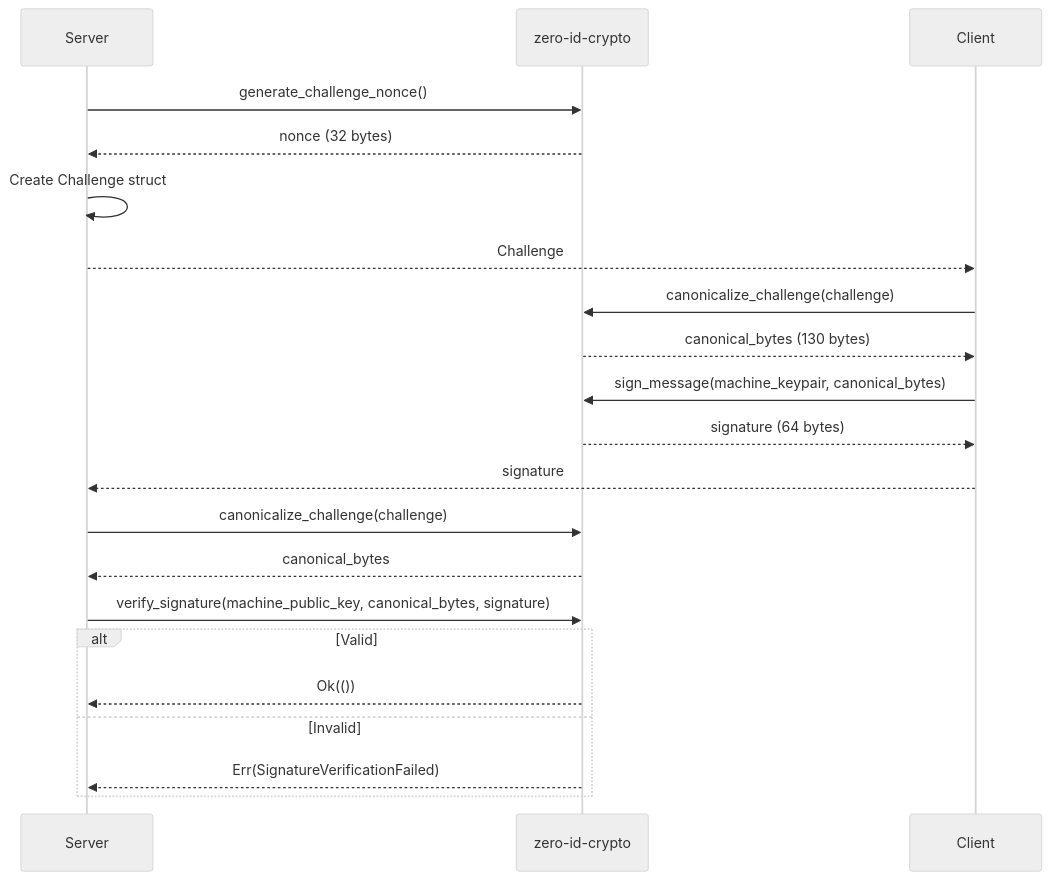
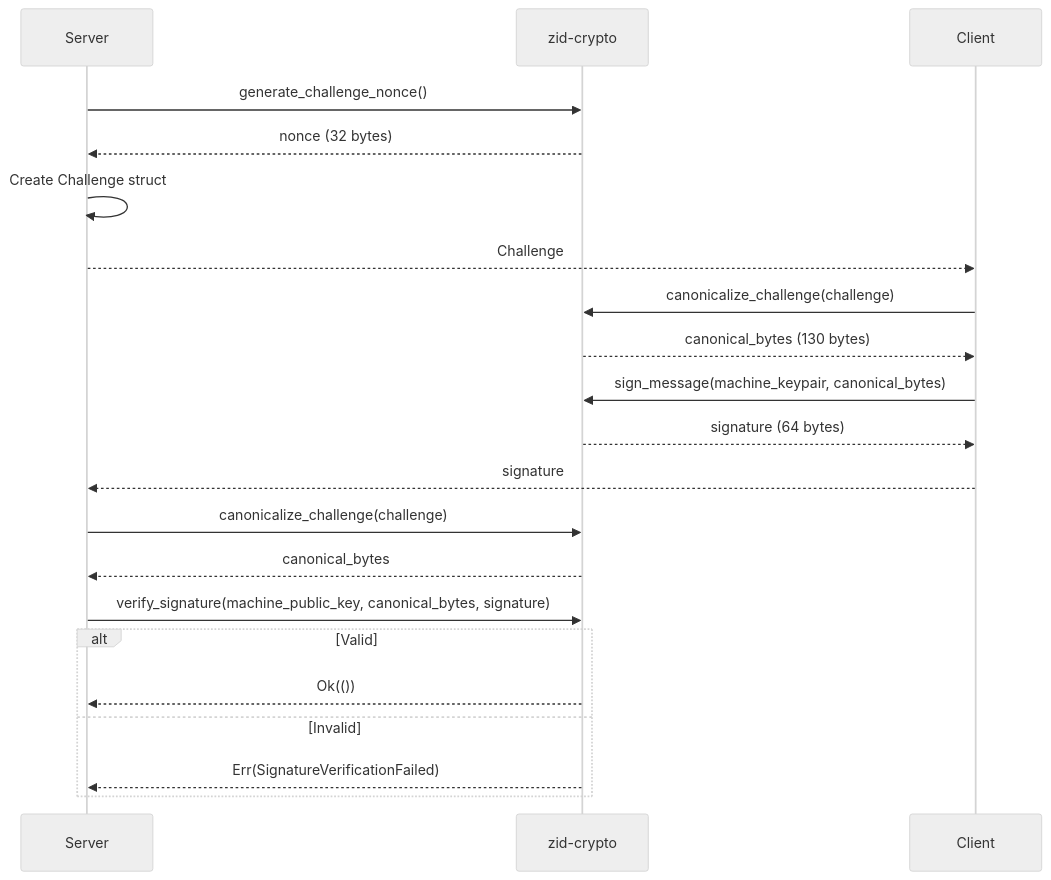
Before and after one commit to cypher-asi/zero-auth: the fifth of 6 diagrams in docs/spec/v0.1/01-crypto.md, drawn with Mermaid (neutral theme). The commit also changed other lines of this file and 240 other files, not shown here.

Commit message:
refactor: shorten crate names from zero-id-* to zid-* prefix

````diff
--- a/docs/spec/v0.1/01-crypto.md
+++ b/docs/spec/v0.1/01-crypto.md
@@ -566,26 +566,26 @@
 ```mermaid
 sequenceDiagram
     participant Server
-    participant Crypto as zero-id-crypto
+    participant Crypto as zid-crypto
     participant Client
     
     Server->>Crypto: generate_challenge_nonce()
     Crypto-->>Server: nonce (32 bytes)
     Server->>Server: Create Challenge struct
     Server-->>Client: Challenge
     
     Client->>Crypto: canonicalize_challenge(challenge)
     Crypto-->>Client: canonical_bytes (130 bytes)
     Client->>Crypto: sign_message(machine_keypair, canonical_bytes)
     Crypto-->>Client: signature (64 bytes)
     Client-->>Server: signature
     
     Server->>Crypto: canonicalize_challenge(challenge)
     Crypto-->>Server: canonical_bytes
     Server->>Crypto: verify_signature(machine_public_key, canonical_bytes, signature)
     alt Valid
         Crypto-->>Server: Ok(())
     else Invalid
         Crypto-->>Server: Err(SignatureVerificationFailed)
     end
 ```
````
